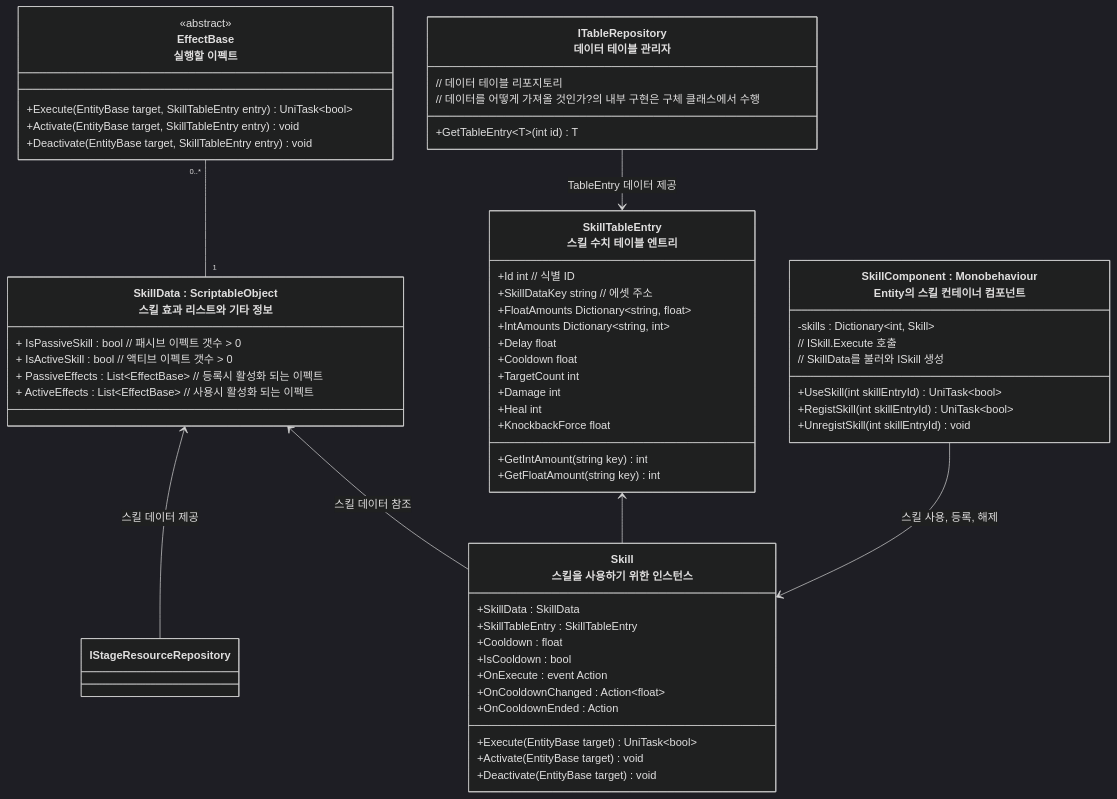
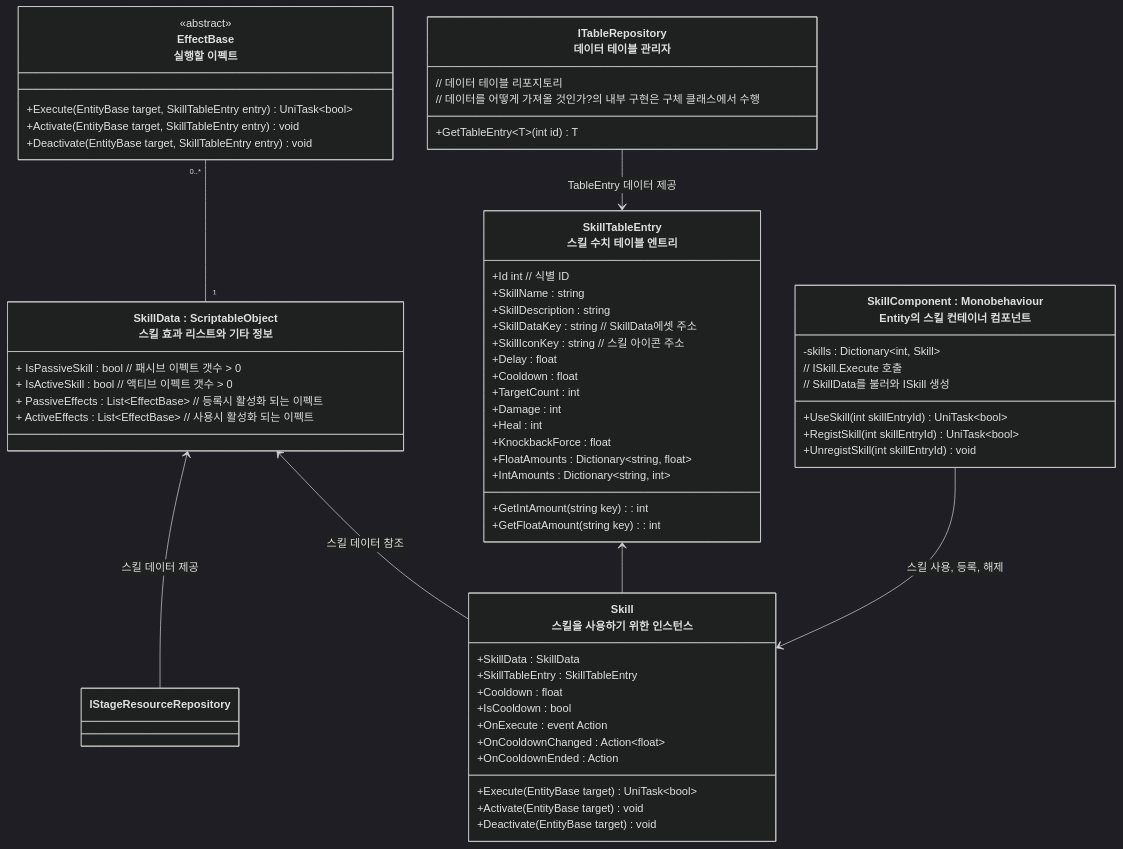
One commit to JIN5EOK/DungeonShooter changed the first of 3 diagrams in README/스킬시스템_설계.md. Above: the diagram before and after it, drawn with Mermaid (dark theme). The commit also changed 10 other files, not shown here.

````diff
--- a/README/스킬시스템_설계.md
+++ b/README/스킬시스템_설계.md
@@ -7,65 +7,68 @@
 ```mermaid
 classDiagram
     class EffectBase["EffectBase<br>실행할 이펙트"]{
         <<abstract>>
         +Execute(EntityBase target, SkillTableEntry entry) UniTask~bool~
         +Activate(EntityBase target, SkillTableEntry entry) void
         +Deactivate(EntityBase target, SkillTableEntry entry) void
     }
     
     class SkillData["SkillData : ScriptableObject<br>스킬 효과 리스트와 기타 정보"]{
 		+ IsPassiveSkill : bool // 패시브 이펙트 갯수 > 0
 		+ IsActiveSkill : bool // 액티브 이펙트 갯수 > 0
         + PassiveEffects : List~EffectBase~ // 등록시 활성화 되는 이펙트
         + ActiveEffects : List~EffectBase~ // 사용시 활성화 되는 이펙트
     }
 
     class Skill["Skill<br>스킬을 사용하기 위한 인스턴스"]{
         +SkillData : SkillData
         +SkillTableEntry : SkillTableEntry
         +Cooldown : float
         +IsCooldown : bool
         +OnExecute : event Action
         +OnCooldownChanged : Action~float~
         +OnCooldownEnded : Action
         +Execute(EntityBase target) UniTask~bool~
         +Activate(EntityBase target) void
         +Deactivate(EntityBase target) void
     }
 
 	class SkillTableEntry["SkillTableEntry<br>스킬 수치 테이블 엔트리"]{
 		+Id int // 식별 ID
-		+SkillDataKey string // 에셋 주소
-		+FloatAmounts Dictionary~string, float~
-        +IntAmounts Dictionary~string, int~
-		+Delay float
-		+Cooldown float
-		+TargetCount int
-        +Damage int
-        +Heal int
-		+KnockbackForce float
-		+GetIntAmount(string key) int
-        +GetFloatAmount(string key) int
+		+SkillName : string
+		+SkillDescription : string
+		+SkillDataKey : string // SkillData에셋 주소
+		+SkillIconKey : string // 스킬 아이콘 주소
+		+Delay : float
+		+Cooldown : float
+		+TargetCount : int
+        +Damage : int
+        +Heal : int
+		+KnockbackForce : float
+		+GetIntAmount(string key) : int
+        +GetFloatAmount(string key) : int
+        +FloatAmounts : Dictionary~string, float~
+        +IntAmounts : Dictionary~string, int~
 	}
 	
     class SkillComponent["SkillComponent : Monobehaviour<br>Entity의 스킬 컨테이너 컴포넌트"]{
         -skills : Dictionary~int, Skill~
         +UseSkill(int skillEntryId) UniTask~bool~
         // ISkill.Execute 호출
         +RegistSkill(int skillEntryId) UniTask~bool~
         // SkillData를 불러와 ISkill 생성 
         +UnregistSkill(int skillEntryId) void
     }
     
 	class ITableRepository["ITableRepository<br>데이터 테이블 관리자"]{
 		// 데이터 테이블 리포지토리
 		// 데이터를 어떻게 가져올 것인가?의 내부 구현은 구체 클래스에서 수행
 		+GetTableEntry~T~(int id) T
 	}
 	SkillData <-- IStageResourceRepository : 스킬 데이터 제공
     SkillTableEntry <-- Skill
     SkillData <-- Skill : 스킬 데이터 참조
     EffectBase "0..*"--"1" SkillData
     SkillComponent --> Skill  : 스킬 사용, 등록, 해제 
     ITableRepository --> SkillTableEntry : TableEntry 데이터 제공
 ```
````
